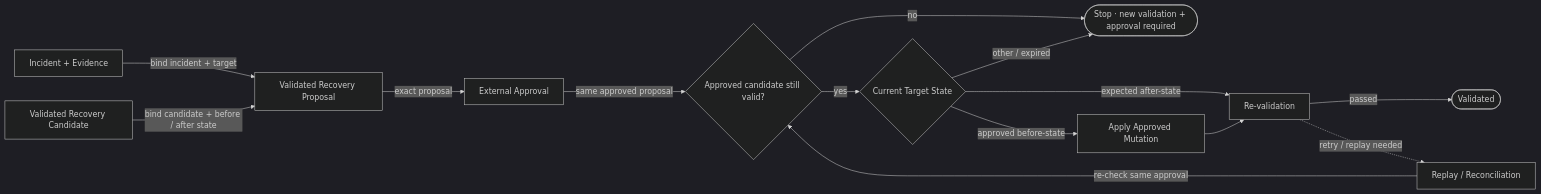
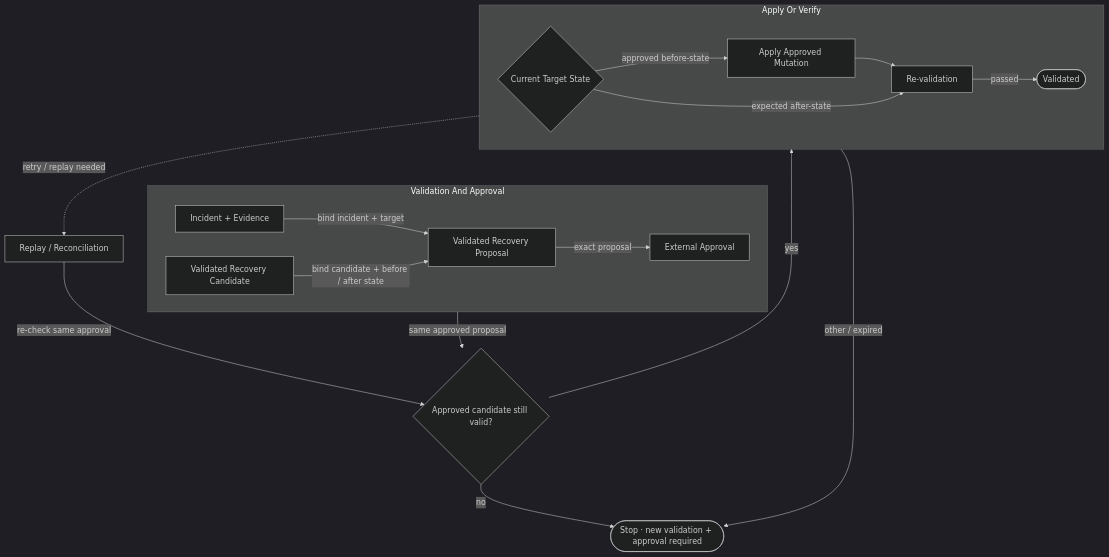
Before and after one commit to mols3131d/hmda-data-reliability: the second of 2 diagrams in docs/domains/reliability.md, drawn with Mermaid (dark theme). The commit also changed other lines of this file, not shown here.

Commit message:
docs: compact reliability mermaid layouts

````diff
--- a/docs/domains/reliability.md
+++ b/docs/domains/reliability.md
@@ -42,19 +48,22 @@
 ```mermaid
-flowchart LR
-    incident["Incident + Evidence"] -->|bind incident + target| proposal["Validated Recovery Proposal"]
-    candidate["Validated Recovery Candidate"] -->|bind candidate + before / after state| proposal
-    proposal -->|exact proposal| approval["External Approval"]
+flowchart TB
+    subgraph authorization ["Validation And Approval"]
+        direction LR
+        incident["Incident + Evidence"] -->|bind incident + target| proposal["Validated Recovery Proposal"] -->|exact proposal| approval["External Approval"]
+        candidate["Validated Recovery Candidate"] -->|bind candidate + before / after state| proposal
+    end
+
     approval -->|same approved proposal| recheck{"Approved candidate still valid?"}
+    recheck -->|no| stop(["Stop · new validation + approval required"])
+    recheck -->|yes| gate
 
-    recheck -->|no| stop(["Stop · new validation + approval required"])
-    recheck -->|yes| gate{"Current Target State"}
+    subgraph execution ["Apply Or Verify"]
+        direction LR
+        gate{"Current Target State"} -->|approved before-state| recovery["Apply Approved Mutation"] --> verify["Re-validation"] -->|passed| done(["Validated"])
+    end
 
-    gate -->|approved before-state| recovery["Apply Approved Mutation"]
-    gate -->|expected after-state| verify["Re-validation"]
+    gate -->|expected after-state| verify
     gate -->|other / expired| stop
-
-    recovery --> verify
-    verify -->|passed| done(["Validated"])
     verify -.->|retry / replay needed| replay["Replay / Reconciliation"]
     replay -->|re-check same approval| recheck
 ```
````
